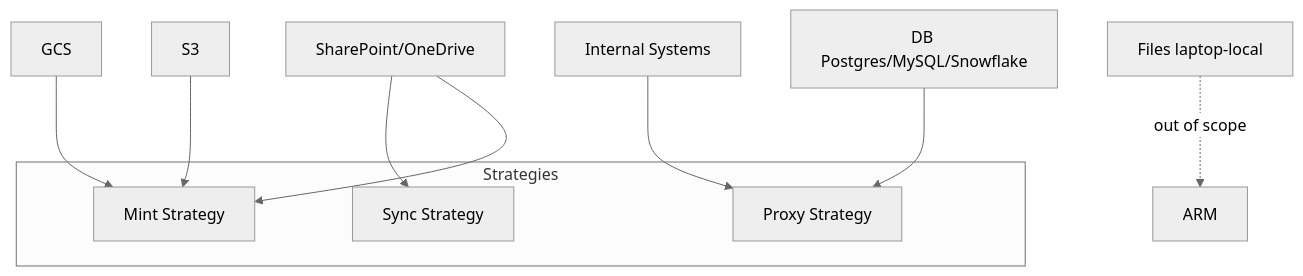
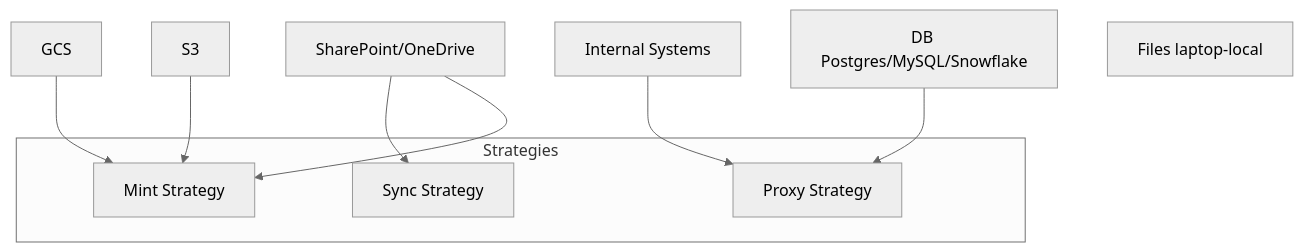
One commit to armdeployment/arm changed the fourth of 7 diagrams in docs/arm-spec.md. Above: the diagram before and after it, drawn with Mermaid (neutral theme). The commit also changed other lines of this file and 2 other files, not shown here.

````diff
--- a/docs/arm-spec.md
+++ b/docs/arm-spec.md
@@ -374,15 +377,15 @@
 ```mermaid
 flowchart TB
   subgraph Strategies
     M[Mint Strategy]
     P[Proxy Strategy]
     S[Sync Strategy]
   end
   S3[S3] --> M
   GCS[GCS] --> M
   DB[DB Postgres/MySQL/Snowflake] --> P
   SP[SharePoint/OneDrive] --> M
   SP --> S
   INT[Internal Systems] --> P
-  Files[Files laptop-local] -.out of scope.-> ARM
+  Files[Files laptop-local]
 ```
````
